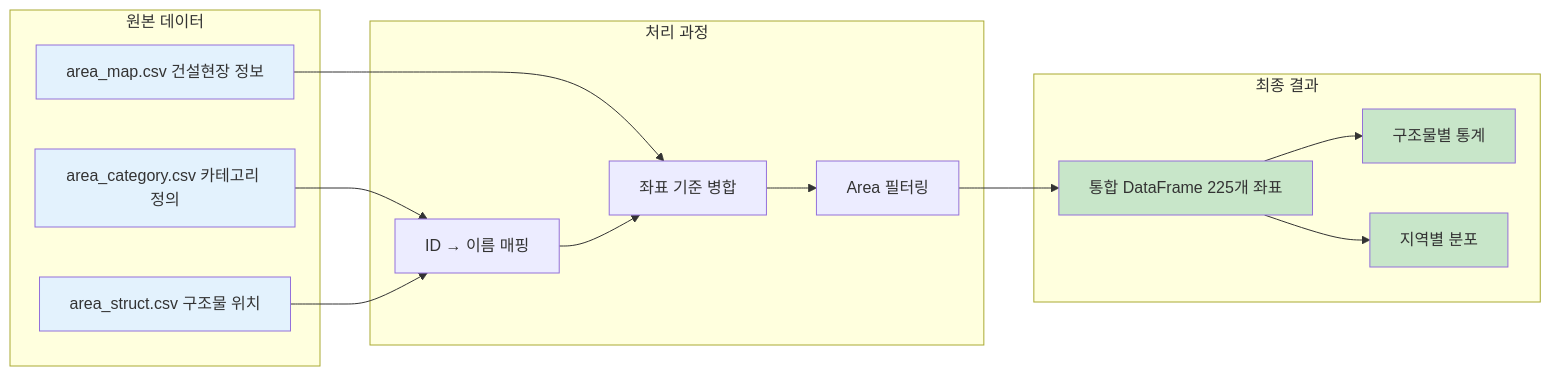
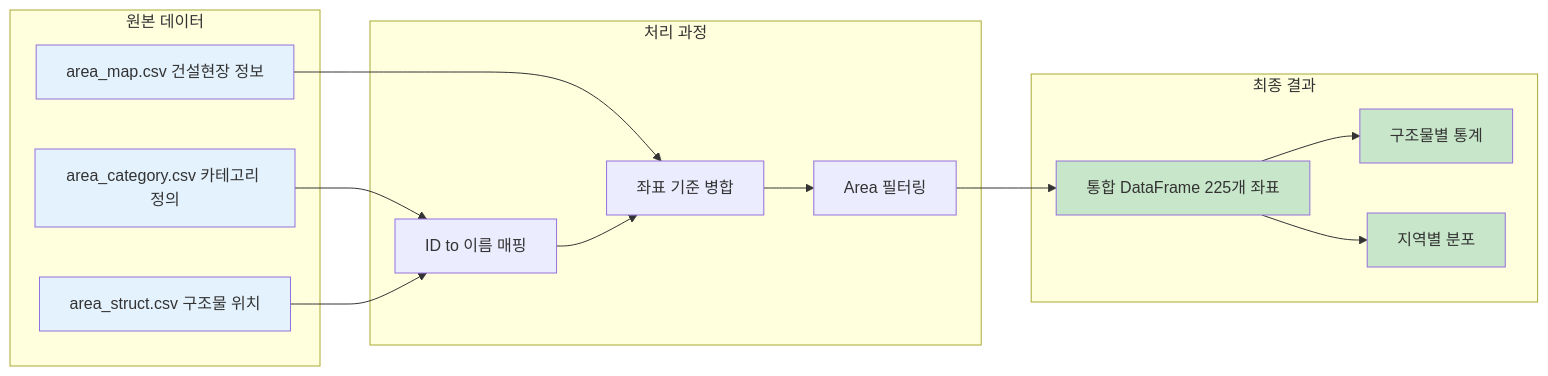
The second of 3 diagrams in 1단계_데이터분석및처리.md (SteelCrab/ia-codyssey), drawn with Mermaid before and after one commit. The commit also changed other lines of this file, not shown here.

````diff
--- a/1단계_데이터분석및처리.md
+++ b/1단계_데이터분석및처리.md
@@ -91,36 +91,36 @@
 ```mermaid
 graph LR
     subgraph "원본 데이터"
         A1[area_category.csv 카테고리 정의]
         A2[area_map.csv 건설현장 정보]
         A3[area_struct.csv 구조물 위치]
     end
     
     subgraph "처리 과정"
-        B1[ID → 이름 매핑]
+        B1[ID to 이름 매핑]
         B2[좌표 기준 병합]
         B3[Area 필터링]
     end
     
     subgraph "최종 결과"
         C1[통합 DataFrame 225개 좌표]
         C2[구조물별 통계]
         C3[지역별 분포]
     end
     
     A1 --> B1
     A2 --> B2
     A3 --> B1
     B1 --> B2
     B2 --> B3
     B3 --> C1
     C1 --> C2
     C1 --> C3
     
     style A1 fill:#e3f2fd
     style A2 fill:#e3f2fd
     style A3 fill:#e3f2fd
     style C1 fill:#c8e6c9
     style C2 fill:#c8e6c9
     style C3 fill:#c8e6c9
 ```
````
